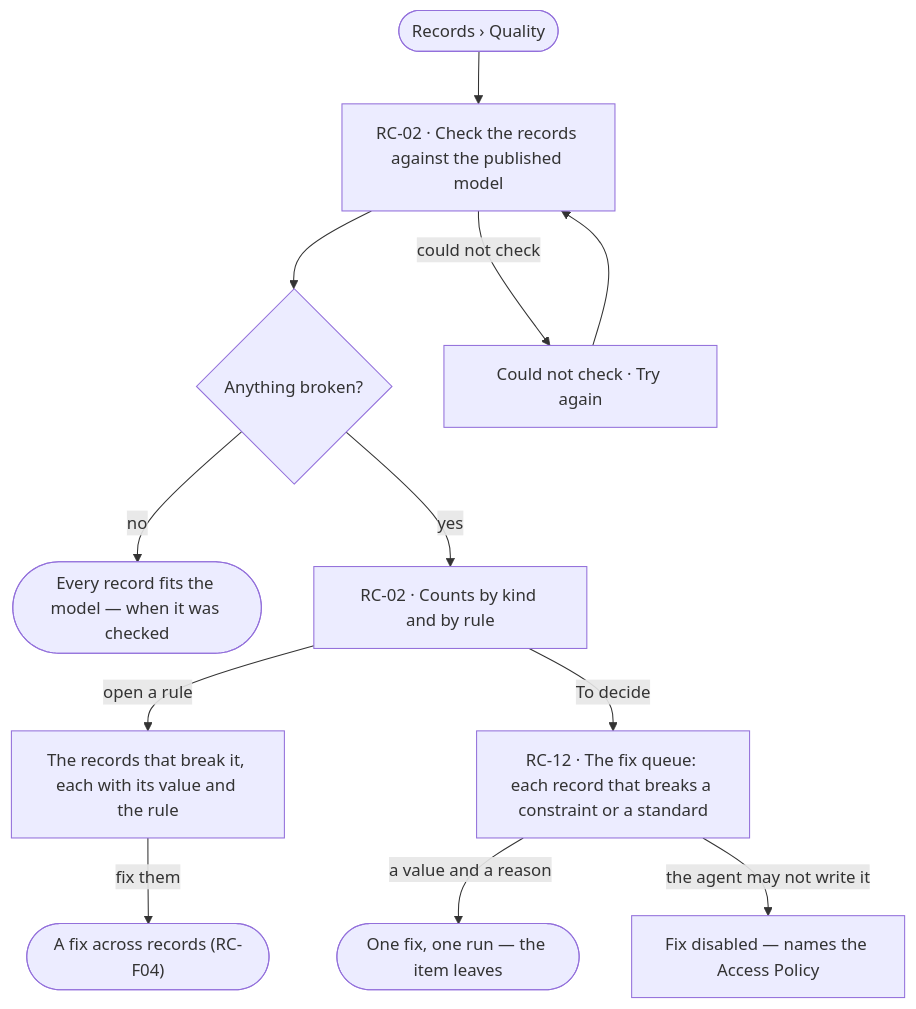
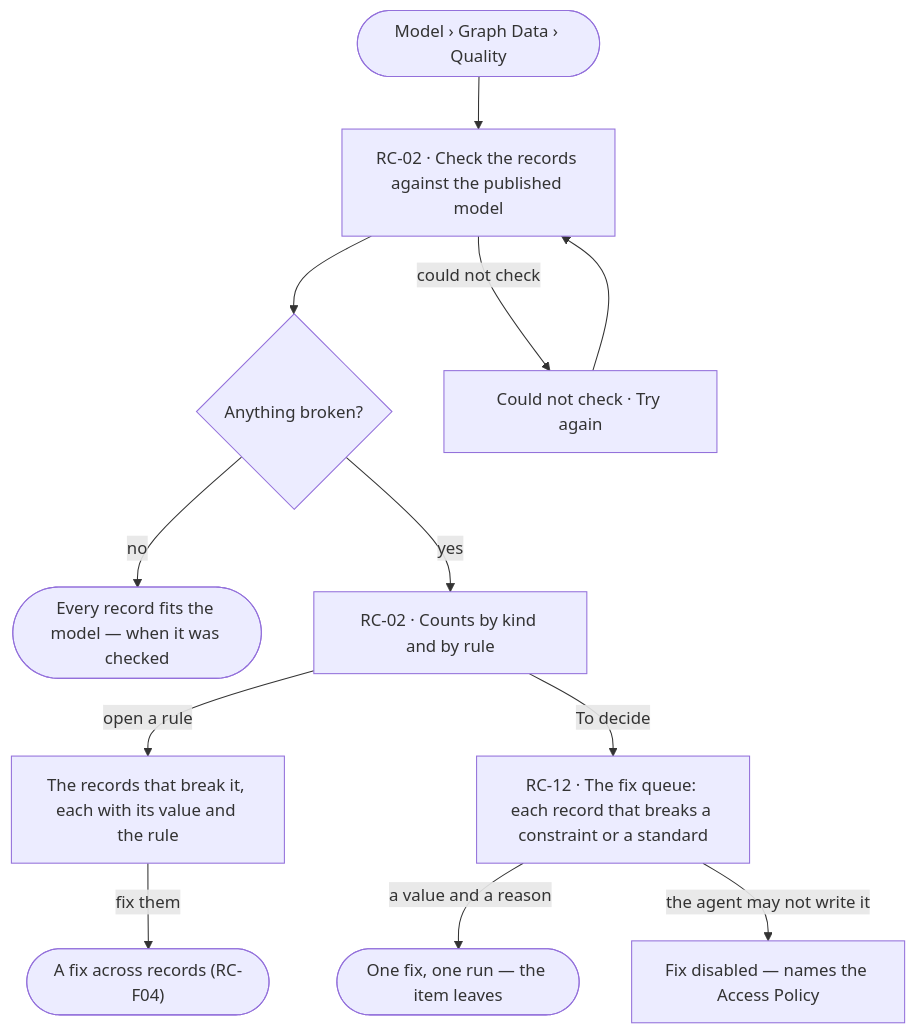
One commit to invana/invana changed the diagram in specs/capabilities/records/features/RC-F03-quality-against-the-model/feature.md. Above: the diagram before and after it, drawn with Mermaid. The commit also changed 133 other files, not shown here.

````diff
--- a/specs/capabilities/records/features/RC-F03-quality-against-the-model/feature.md
+++ b/specs/capabilities/records/features/RC-F03-quality-against-the-model/feature.md
@@ -22,13 +22,13 @@
 ```mermaid
 flowchart TD
-  start([Records › Quality]) --> run["RC-02 · Check the records against the published model"]
+  start([Model › Graph Data › Quality]) --> run["RC-02 · Check the records against the published model"]
   run --> any{Anything broken?}
   any -->|no| ok(["Every record fits the model — when it was checked"])
   any -->|yes| sum["RC-02 · Counts by kind and by rule"]
   sum -->|open a rule| rows["The records that break it, each with its value and the rule"]
   rows -->|fix them| fix(["A fix across records (RC-F04)"])
   sum -->|To decide| q["RC-12 · The fix queue: each record that breaks a constraint or a standard"]
   q -->|a value and a reason| one(["One fix, one run — the item leaves"])
   q -->|the agent may not write it| qna["Fix disabled — names the Access Policy"]
   run -->|could not check| f["Could not check · Try again"] --> run
 ```
````
